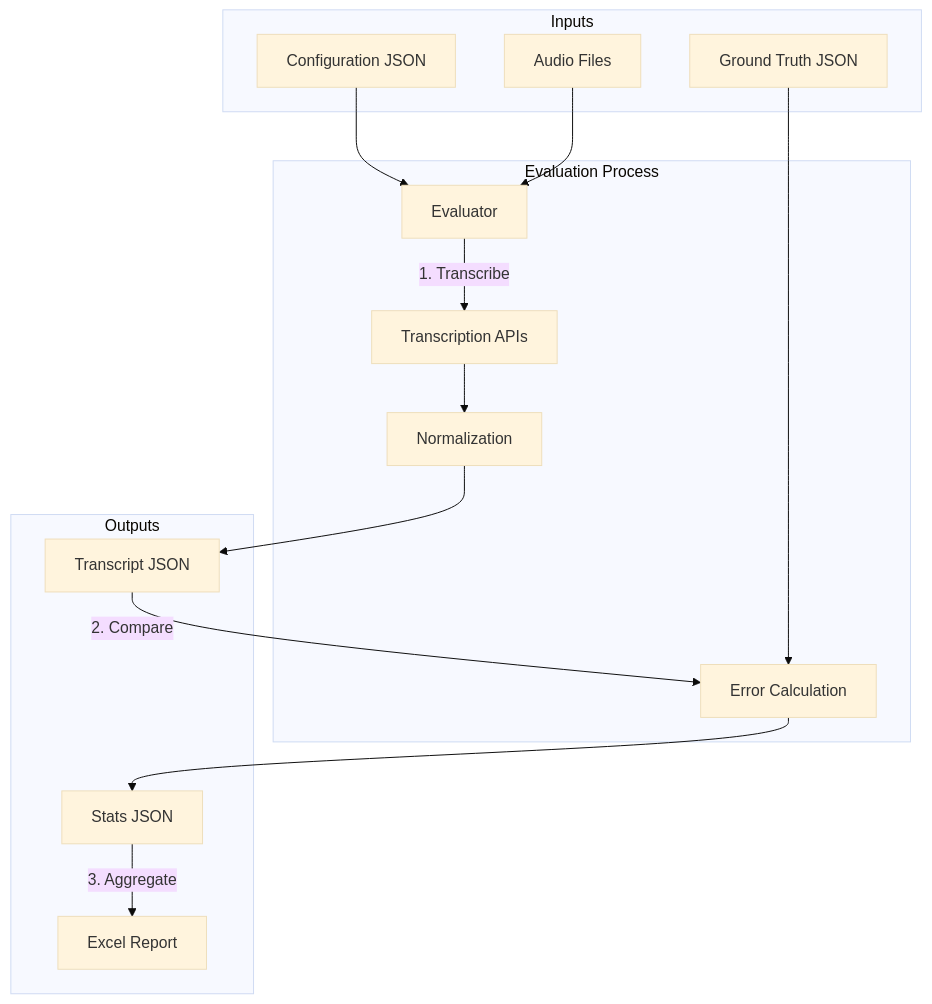
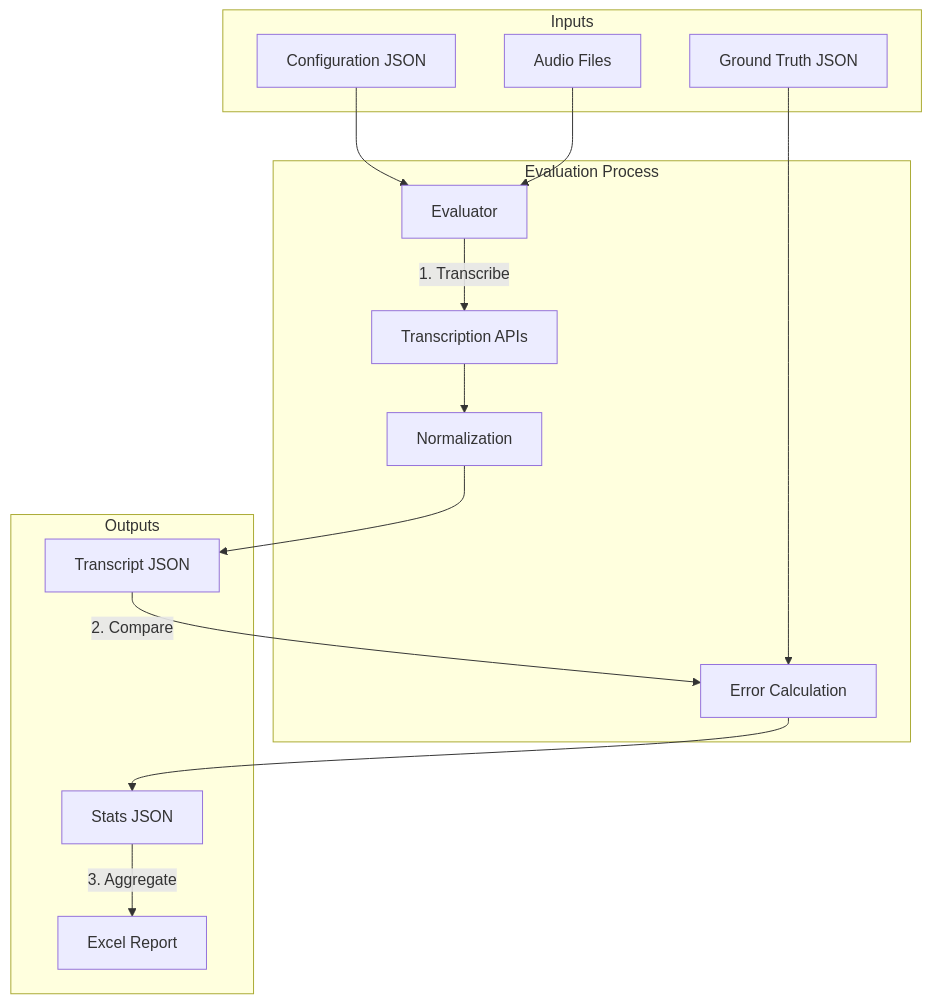
Before and after one commit to ytkaczyk/transcription-evals: the diagram in README.md, drawn with Mermaid.

Commit message:
fix: update workflow diagram in README
Removed configuration section from workflow diagram for dark theme compatibility.

````diff
--- a/README.md
+++ b/README.md
@@ -17,36 +17,32 @@
 ```mermaid
----
-config:
-  theme: base
----
 graph TD
     subgraph Inputs
     Config[Configuration JSON]
     Audio[Audio Files]
     GT[Ground Truth JSON]
     end
 
     subgraph "Evaluation Process"
     Evaluator[Evaluator]
     API[Transcription APIs]
     Norm[Normalization]
     Stats[Error Calculation]
     end
 
     subgraph Outputs
     Transcript[Transcript JSON]
     StatFile[Stats JSON]
     Report[Excel Report]
     end
 
     Config --> Evaluator
     Audio --> Evaluator
     GT --> Stats
 
     Evaluator -- "1. Transcribe" --> API
     API --> Norm
     Norm --> Transcript
     Transcript -- "2. Compare" --> Stats
     Stats --> StatFile
     StatFile -- "3. Aggregate" --> Report
 ```
````
